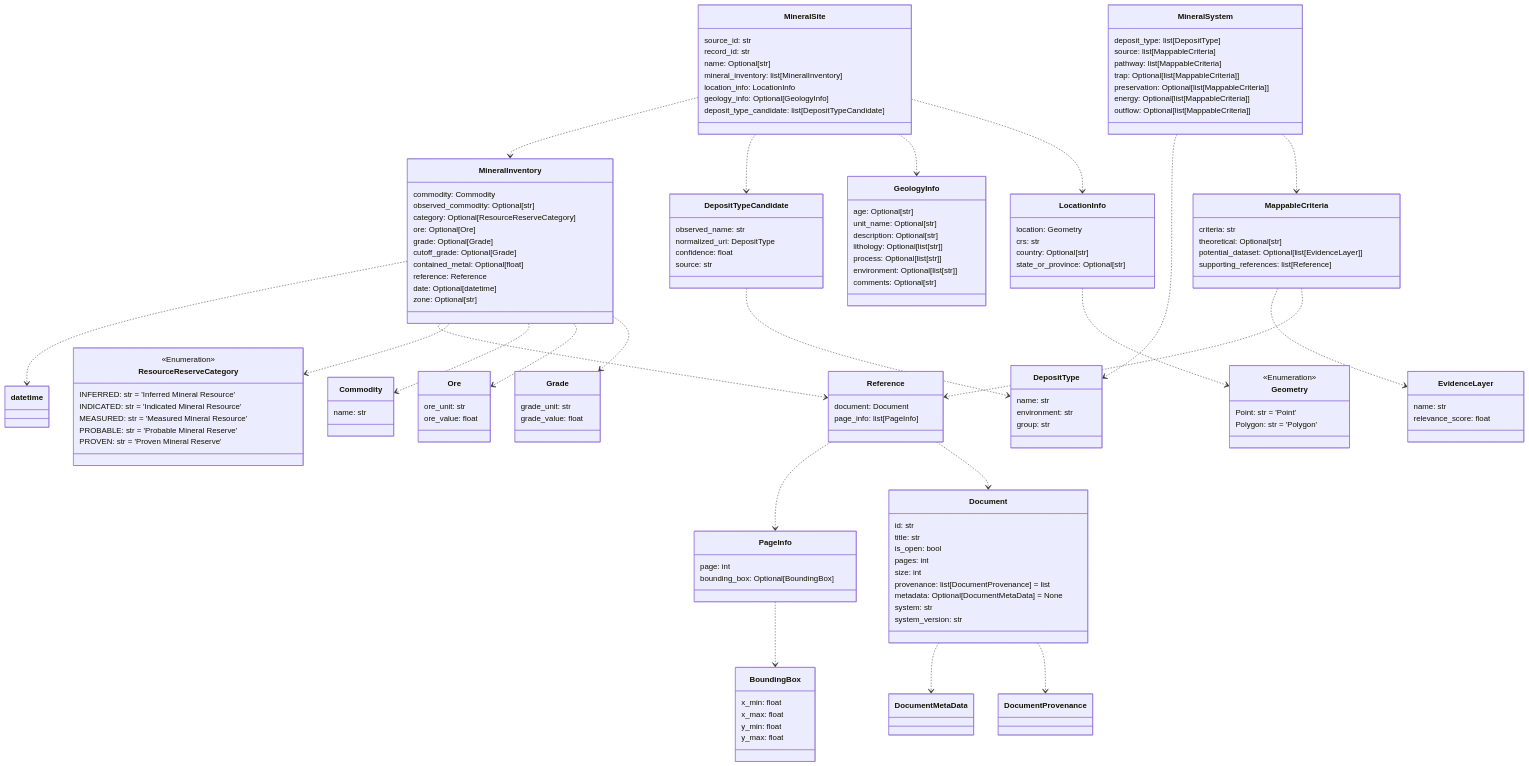
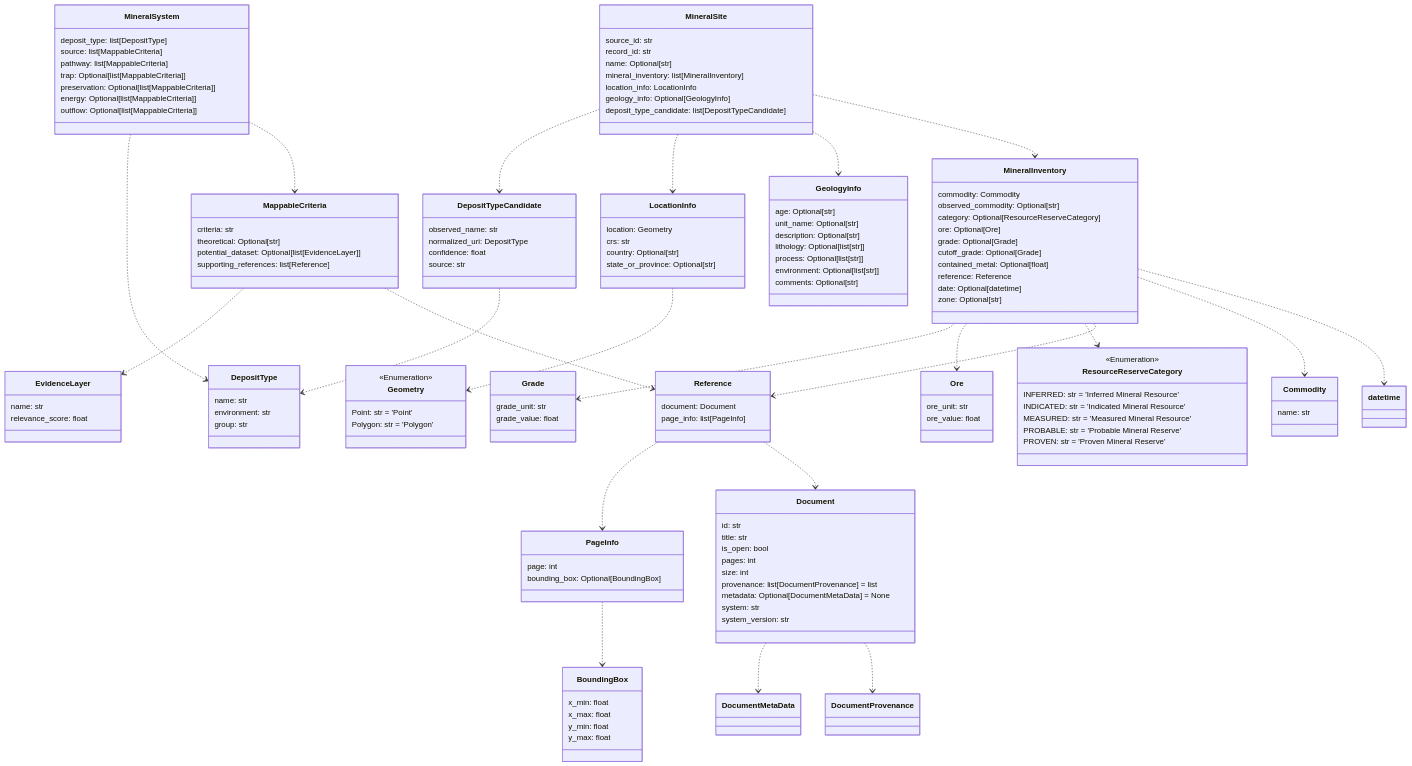
Before and after one commit to DARPA-CRITICALMAAS/cdr_schemas: the tenth of 12 diagrams in README.md, drawn with Mermaid. The commit also changed other lines of this file and 1 other file, not shown here.

Commit message:
version bump

````diff
--- a/README.md
+++ b/README.md
@@ -737,5 +737,60 @@
 ```mermaid
 classDiagram
+
+    class DepositTypeCandidate {
+        observed_name: str
+        normalized_uri: DepositType
+        confidence: float
+        source: str
+    }
+
+    class MineralSystem {
+        deposit_type: list[DepositType]
+        source: list[MappableCriteria]
+        pathway: list[MappableCriteria]
+        trap: Optional[list[MappableCriteria]]
+        preservation: Optional[list[MappableCriteria]]
+        energy: Optional[list[MappableCriteria]]
+        outflow: Optional[list[MappableCriteria]]
+    }
+
+    class Grade {
+        grade_unit: str
+        grade_value: float
+    }
+
+    class ResourceReserveCategory {
+        <<Enumeration>>
+        INFERRED: str = 'Inferred Mineral Resource'
+        INDICATED: str = 'Indicated Mineral Resource'
+        MEASURED: str = 'Measured Mineral Resource'
+        PROBABLE: str = 'Probable Mineral Reserve'
+        PROVEN: str = 'Proven Mineral Reserve'
+    }
+
+    class Reference {
+        document: Document
+        page_info: list[PageInfo]
+    }
+
+    class Commodity {
+        name: str
+    }
+
+    class Ore {
+        ore_unit: str
+        ore_value: float
+    }
+
+    class MineralSite {
+        source_id: str
+        record_id: str
+        name: Optional[str]
+        mineral_inventory: list[MineralInventory]
+        location_info: LocationInfo
+        geology_info: Optional[GeologyInfo]
+        deposit_type_candidate: list[DepositTypeCandidate]
+    }
 
     class BoundingBox {
         x_min: float
@@ -744,8 +799,17 @@
         y_max: float
     }
 
-    class Commodity {
-        name: str
+    class MineralInventory {
+        commodity: Commodity
+        observed_commodity: Optional[str]
+        category: Optional[ResourceReserveCategory]
+        ore: Optional[Ore]
+        grade: Optional[Grade]
+        cutoff_grade: Optional[Grade]
+        contained_metal: Optional[float]
+        reference: Reference
+        date: Optional[datetime]
+        zone: Optional[str]
     }
 
     class EvidenceLayer {
@@ -763,9 +827,35 @@
         comments: Optional[str]
     }
 
-    class Grade {
-        grade_unit: str
-        grade_value: float
+    class DepositType {
+        name: str
+        environment: str
+        group: str
+    }
+
+    class Document {
+        id: str
+        title: str
+        is_open: bool
+        pages: int
+        size: int
+        provenance: list[DocumentProvenance] = list
+        metadata: Optional[DocumentMetaData] = None
+        system: str
+        system_version: str
+    }
+
+    class MappableCriteria {
+        criteria: str
+        theoretical: Optional[str]
+        potential_dataset: Optional[list[EvidenceLayer]]
+        supporting_references: list[Reference]
+    }
+
+    class Geometry {
+        <<Enumeration>>
+        Point: str = 'Point'
+        Polygon: str = 'Polygon'
     }
 
     class LocationInfo {
@@ -780,96 +870,6 @@
         bounding_box: Optional[BoundingBox]
     }
 
-    class DepositTypeCandidate {
-        observed_name: str
-        normalized_uri: DepositType
-        confidence: float
-        source: str
-    }
-
-    class ResourceReserveCategory {
-        <<Enumeration>>
-        INFERRED: str = 'Inferred Mineral Resource'
-        INDICATED: str = 'Indicated Mineral Resource'
-        MEASURED: str = 'Measured Mineral Resource'
-        PROBABLE: str = 'Probable Mineral Reserve'
-        PROVEN: str = 'Proven Mineral Reserve'
-    }
-
-    class Document {
-        id: str
-        title: str
-        is_open: bool
-        pages: int
-        size: int
-        provenance: list[DocumentProvenance] = list
-        metadata: Optional[DocumentMetaData] = None
-        system: str
-        system_version: str
-    }
-
-    class DepositType {
-        name: str
-        environment: str
-        group: str
-    }
-
-    class MineralSite {
-        source_id: str
-        record_id: str
-        name: Optional[str]
-        mineral_inventory: list[MineralInventory]
-        location_info: LocationInfo
-        geology_info: Optional[GeologyInfo]
-        deposit_type_candidate: list[DepositTypeCandidate]
-    }
-
-    class Ore {
-        ore_unit: str
-        ore_value: float
-    }
-
-    class MineralInventory {
-        commodity: Commodity
-        observed_commodity: Optional[str]
-        category: Optional[ResourceReserveCategory]
-        ore: Optional[Ore]
-        grade: Optional[Grade]
-        cutoff_grade: Optional[Grade]
-        contained_metal: Optional[float]
-        reference: Reference
-        date: Optional[datetime]
-        zone: Optional[str]
-    }
-
-    class Reference {
-        document: Document
-        page_info: list[PageInfo]
-    }
-
-    class Geometry {
-        <<Enumeration>>
-        Point: str = 'Point'
-        Polygon: str = 'Polygon'
-    }
-
-    class MineralSystem {
-        deposit_type: list[DepositType]
-        source: list[MappableCriteria]
-        pathway: list[MappableCriteria]
-        trap: Optional[list[MappableCriteria]]
-        preservation: Optional[list[MappableCriteria]]
-        energy: Optional[list[MappableCriteria]]
-        outflow: Optional[list[MappableCriteria]]
-    }
-
-    class MappableCriteria {
-        criteria: str
-        theoretical: Optional[str]
-        potential_dataset: Optional[list[EvidenceLayer]]
-        supporting_references: list[Reference]
-    }
-
     Document ..> DocumentMetaData
     Document ..> DocumentProvenance
     DepositTypeCandidate ..> DepositType
@@ -880,17 +880,17 @@
     MappableCriteria ..> Reference
     MineralSystem ..> DepositType
     MineralSystem ..> MappableCriteria
+    MineralInventory ..> Grade
+    MineralInventory ..> Ore
+    MineralInventory ..> ResourceReserveCategory
+    MineralInventory ..> Reference
+    MineralInventory ..> Commodity
     MineralInventory ..> datetime
-    MineralInventory ..> Reference
-    MineralInventory ..> ResourceReserveCategory
-    MineralInventory ..> Commodity
-    MineralInventory ..> Ore
-    MineralInventory ..> Grade
     LocationInfo ..> Geometry
+    MineralSite ..> DepositTypeCandidate
+    MineralSite ..> LocationInfo
+    MineralSite ..> GeologyInfo
     MineralSite ..> MineralInventory
-    MineralSite ..> DepositTypeCandidate
-    MineralSite ..> GeologyInfo
-    MineralSite ..> LocationInfo
 
 
 ```
````
